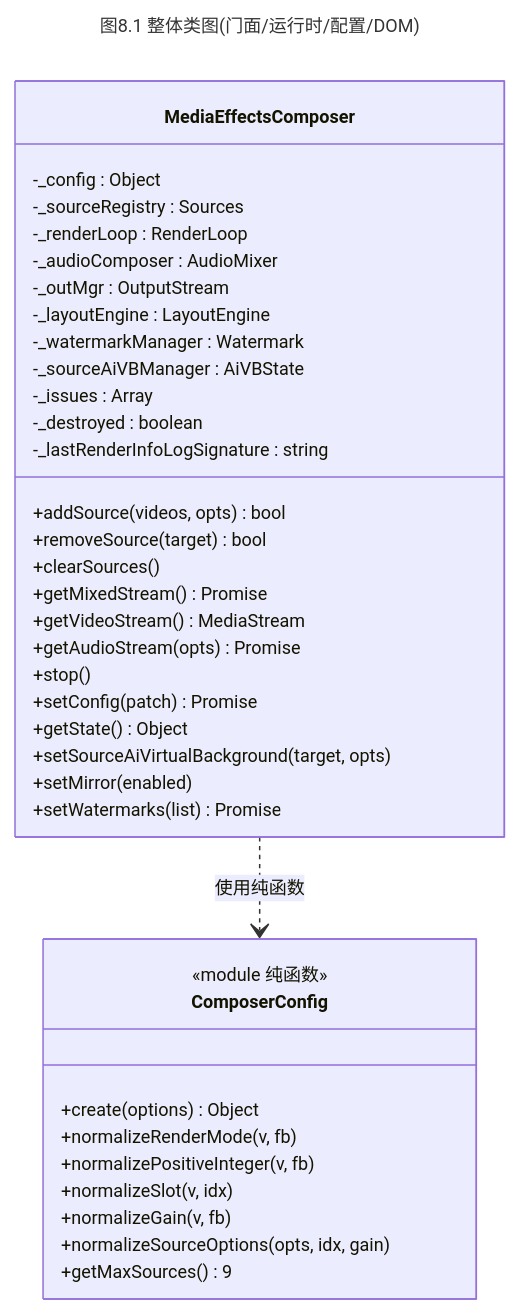
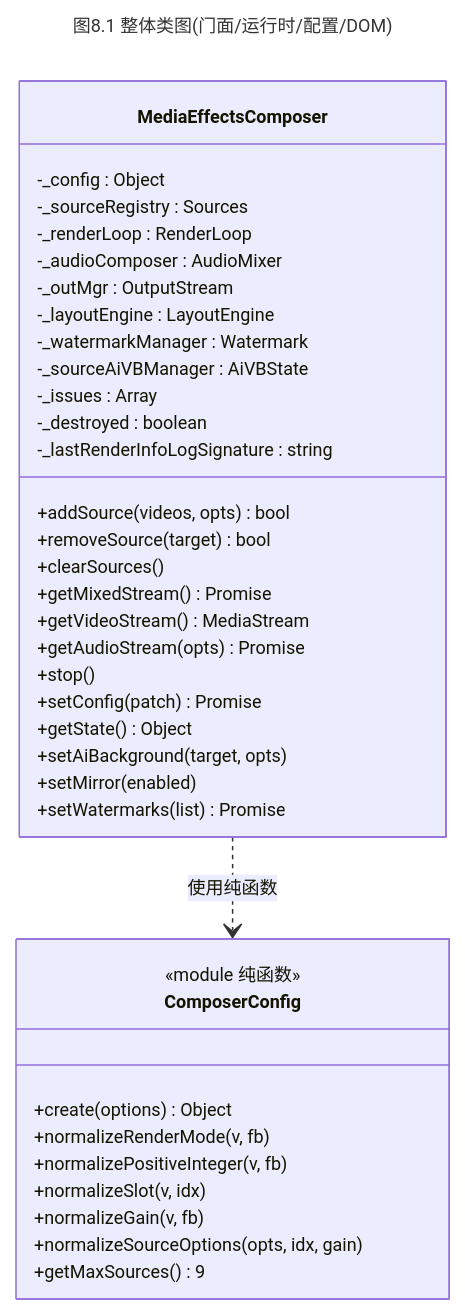
One commit to lei40251/JsSIP changed diagram 13 of 19 in docs/MediaEffectsComposer/MediaEffectsComposer-学习手册.md. Above: the diagram before and after it, drawn with Mermaid. The commit also changed other lines of this file and 40 other files, not shown here.

````diff
--- a/docs/MediaEffectsComposer/MediaEffectsComposer-学习手册.md
+++ b/docs/MediaEffectsComposer/MediaEffectsComposer-学习手册.md
@@ -621,47 +621,47 @@
 ```mermaid
 ---
 title: 图8.1  整体类图(门面/运行时/配置/DOM)
 config:
   themeVariables:
     fontSize: 12px
 ---
 classDiagram
     class MediaEffectsComposer {
         -_config : Object
         -_sourceRegistry : Sources
         -_renderLoop : RenderLoop
         -_audioComposer : AudioMixer
         -_outMgr : OutputStream
         -_layoutEngine : LayoutEngine
         -_watermarkManager : Watermark
         -_sourceAiVBManager : AiVBState
         -_issues : Array
         -_destroyed : boolean
         -_lastRenderInfoLogSignature : string
         +addSource(videos, opts) bool
         +removeSource(target) bool
         +clearSources()
         +getMixedStream() Promise
         +getVideoStream() MediaStream
         +getAudioStream(opts) Promise
         +stop()
         +setConfig(patch) Promise
         +getState() Object
-        +setSourceAiVirtualBackground(target, opts)
+        +setAiBackground(target, opts)
         +setMirror(enabled)
         +setWatermarks(list) Promise
     }
 
     class ComposerConfig {
         <<module 纯函数>>
         +create(options) Object
         +normalizeRenderMode(v, fb)
         +normalizePositiveInteger(v, fb)
         +normalizeSlot(v, idx)
         +normalizeGain(v, fb)
         +normalizeSourceOptions(opts, idx, gain)
         +getMaxSources() 9
     }
 
     MediaEffectsComposer ..> ComposerConfig : 使用纯函数
 ```
````
